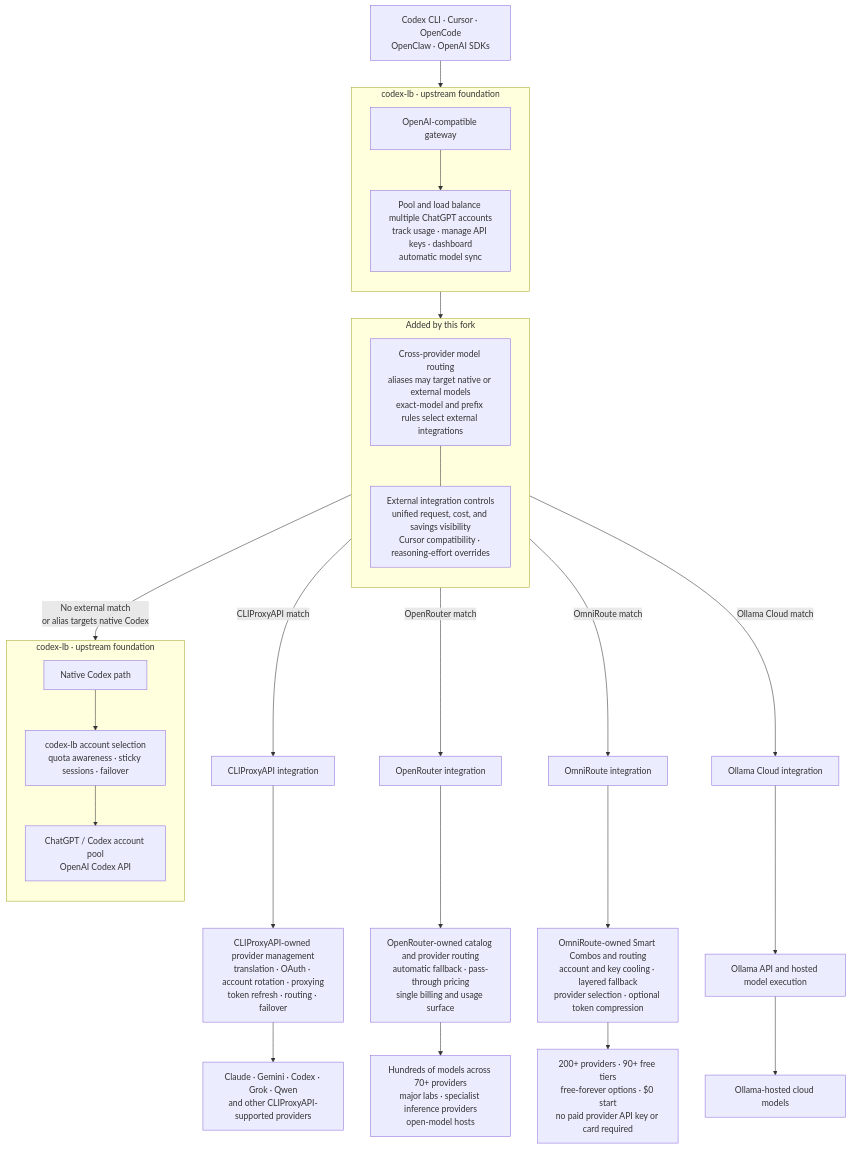
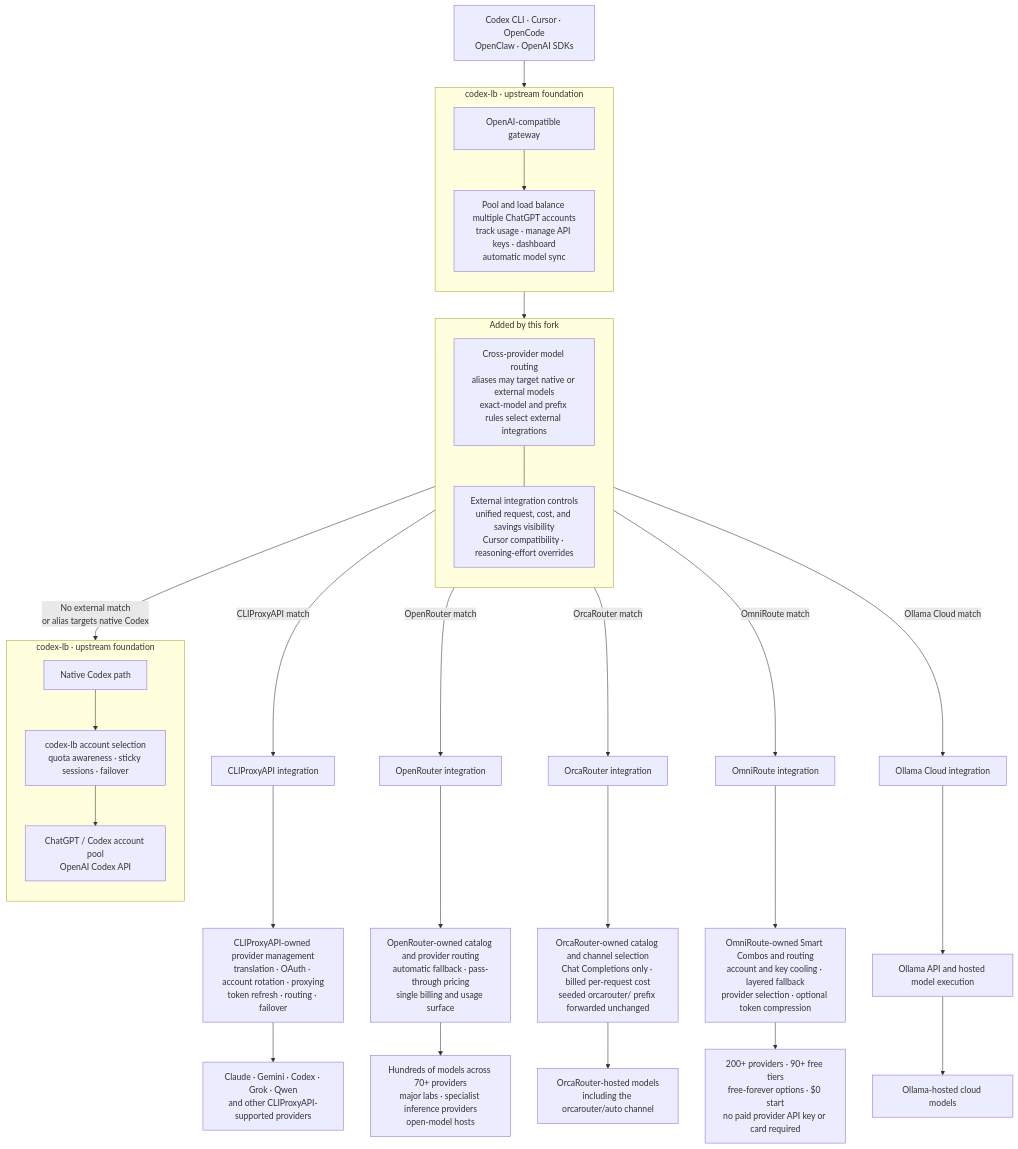
One commit to vitalNohj/codex-lb changed the diagram in README.md. Above: the diagram before and after it, drawn with Mermaid. The commit also changed other lines of this file and 89 other files, not shown here.

First line of the commit message:
feat(sidecar): add OrcaRouter sidecar routing and provider-scoped runtime pricing (#24)

````diff
--- a/README.md
+++ b/README.md
@@ -33,55 +33,61 @@
 ```mermaid
 flowchart TB
     Clients["Codex CLI · Cursor · OpenCode<br/>OpenClaw · OpenAI SDKs"]
 
     subgraph Foundation["codex-lb · upstream foundation"]
         direction TB
         Gateway["OpenAI-compatible gateway"]
         Core["Pool and load balance multiple ChatGPT accounts<br/>track usage · manage API keys · dashboard<br/>automatic model sync"]
         Gateway --> Core
     end
 
     subgraph Additions["Added by this fork"]
         direction TB
         Resolve["Cross-provider model routing<br/>aliases may target native or external models<br/>exact-model and prefix rules select external integrations"]
         Controls["External integration controls<br/>unified request, cost, and savings visibility<br/>Cursor compatibility · reasoning-effort overrides"]
         Resolve --- Controls
     end
 
     Clients --> Gateway
     Core --> Resolve
 
     subgraph Native["codex-lb · upstream foundation"]
         direction TB
         NativePath["Native Codex path"]
         NativeRouting["codex-lb account selection<br/>quota awareness · sticky sessions · failover"]
         NativeModels["ChatGPT / Codex account pool<br/>OpenAI Codex API"]
         NativePath --> NativeRouting --> NativeModels
     end
 
     CLI["CLIProxyAPI integration"]
     CLIRouting["CLIProxyAPI-owned provider management<br/>translation · OAuth · account rotation · proxying<br/>token refresh · routing · failover"]
     CLIModels["Claude · Gemini · Codex · Grok · Qwen<br/>and other CLIProxyAPI-supported providers"]
     CLI --> CLIRouting --> CLIModels
 
     OpenRouter["OpenRouter integration"]
     ORRouting["OpenRouter-owned catalog and provider routing<br/>automatic fallback · pass-through pricing<br/>single billing and usage surface"]
     ORModels["Hundreds of models across 70+ providers<br/>major labs · specialist inference providers<br/>open-model hosts"]
     OpenRouter --> ORRouting --> ORModels
 
+    OrcaRouter["OrcaRouter integration"]
+    OrcaRouting["OrcaRouter-owned catalog and channel selection<br/>Chat Completions only · billed per-request cost<br/>seeded orcarouter/ prefix forwarded unchanged"]
+    OrcaModels["OrcaRouter-hosted models<br/>including the orcarouter/auto channel"]
+    OrcaRouter --> OrcaRouting --> OrcaModels
+
     OmniRoute["OmniRoute integration"]
     OmniRouting["OmniRoute-owned Smart Combos and routing<br/>account and key cooling · layered fallback<br/>provider selection · optional token compression"]
     OmniModels["200+ providers · 90+ free tiers<br/>free-forever options · $0 start<br/>no paid provider API key or card required"]
     OmniRoute --> OmniRouting --> OmniModels
 
     Ollama["Ollama Cloud integration"]
     OllamaRouting["Ollama API and hosted model execution"]
     OllamaModels["Ollama-hosted cloud models"]
     Ollama --> OllamaRouting --> OllamaModels
 
     Resolve -->|"No external match<br/>or alias targets native Codex"| NativePath
     Resolve -->|"CLIProxyAPI match"| CLI
     Resolve -->|"OpenRouter match"| OpenRouter
+    Resolve -->|"OrcaRouter match"| OrcaRouter
     Resolve -->|"OmniRoute match"| OmniRoute
     Resolve -->|"Ollama Cloud match"| Ollama
 ```
````
